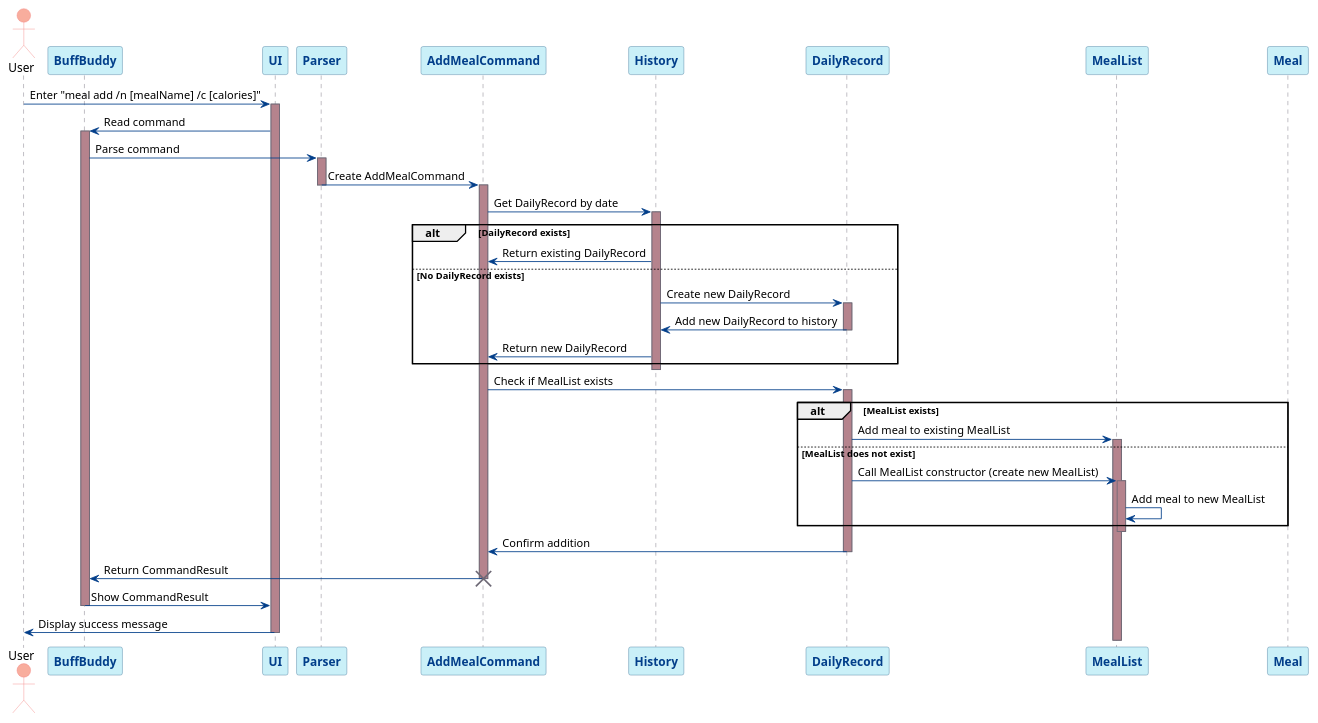
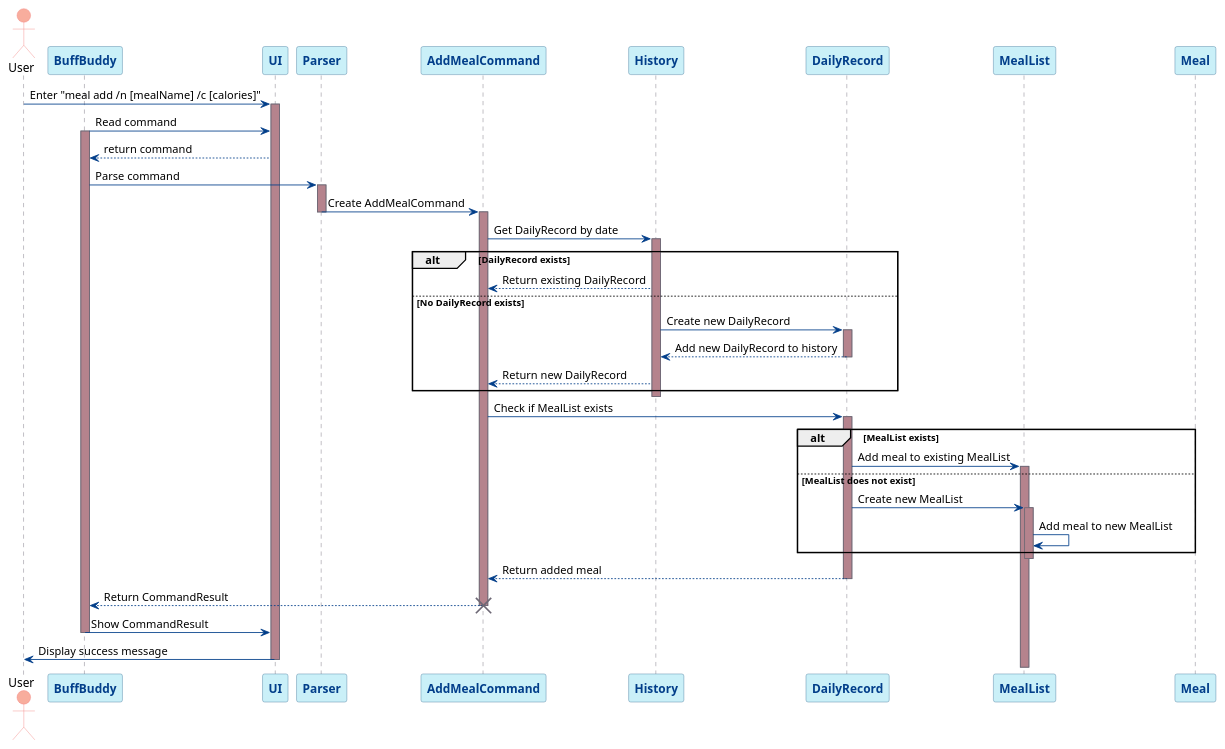
Before and after one commit to nus-cs2113-AY2425S1/tp: the diagram in docs/diagrams/addMealSequenceDiagram.puml, drawn with PlantUML. The commit also changed 2 other files, not shown here.

Commit message:
Updated AddMeal feature sequence diagram in DG

```diff
--- a/docs/diagrams/addMealSequenceDiagram.puml
+++ b/docs/diagrams/addMealSequenceDiagram.puml
@@ -1,79 +1,80 @@
 @startuml
 skinparam participant {
     BackgroundColor #DFF6FF
     BorderColor #0096C7
     FontColor #023E8A
     FontStyle bold
 }
 skinparam sequence {
     ActorBorderColor #F28482
     ActorBackgroundColor #F8AD9D
     LifeLineBorderColor #6D6875
     LifeLineBackgroundColor #B5838D
     ParticipantBorderColor #457B9D
     ParticipantBackgroundColor #CAF0F8
     ArrowColor #023E8A
     BoxBorderColor #495867
     BoxBackgroundColor #B0C4DE
 }
 
 actor User
 participant "BuffBuddy" as BB
 participant "UI" as UI
 participant "Parser" as Parser
 participant "AddMealCommand" as AddCmd
 participant "History" as History
 participant "DailyRecord" as DailyRec
 participant "MealList" as MealList
 participant "Meal" as Meal
 
 User -> UI: Enter "meal add /n [mealName] /c [calories]"
 activate UI
-UI -> BB: Read command
+BB -> UI: Read command
 activate BB
+UI --> BB: return command
 BB -> Parser: Parse command
 activate Parser
 
 Parser -> AddCmd: Create AddMealCommand
 deactivate Parser
 activate AddCmd
 
 AddCmd -> History: Get DailyRecord by date
 activate History
 
 alt DailyRecord exists
-  History -> AddCmd: Return existing DailyRecord
+  History --> AddCmd: Return existing DailyRecord
 else No DailyRecord exists
   History -> DailyRec: Create new DailyRecord
   activate DailyRec
-  DailyRec -> History: Add new DailyRecord to history
+  DailyRec --> History: Add new DailyRecord to history
   deactivate DailyRec
-  History -> AddCmd: Return new DailyRecord
+  History --> AddCmd: Return new DailyRecord
 end
 deactivate History
 
 AddCmd -> DailyRec: Check if MealList exists
 activate DailyRec
 
 alt MealList exists
   DailyRec -> MealList: Add meal to existing MealList
   activate MealList
 else MealList does not exist
-  DailyRec -> MealList: Call MealList constructor (create new MealList)
+  DailyRec -> MealList: Create new MealList
   activate MealList
   MealList -> MealList: Add meal to new MealList
 end
 deactivate MealList
-DailyRec -> AddCmd: Confirm addition
+DailyRec --> AddCmd: Return added meal
 deactivate DailyRec
 
-AddCmd -> BB: Return CommandResult
+AddCmd --> BB: Return CommandResult
 deactivate AddCmd
 destroy AddCmd
 
 BB -> UI: Show CommandResult
 deactivate BB
 
 UI -> User: Display success message
 deactivate UI
 @enduml
```
